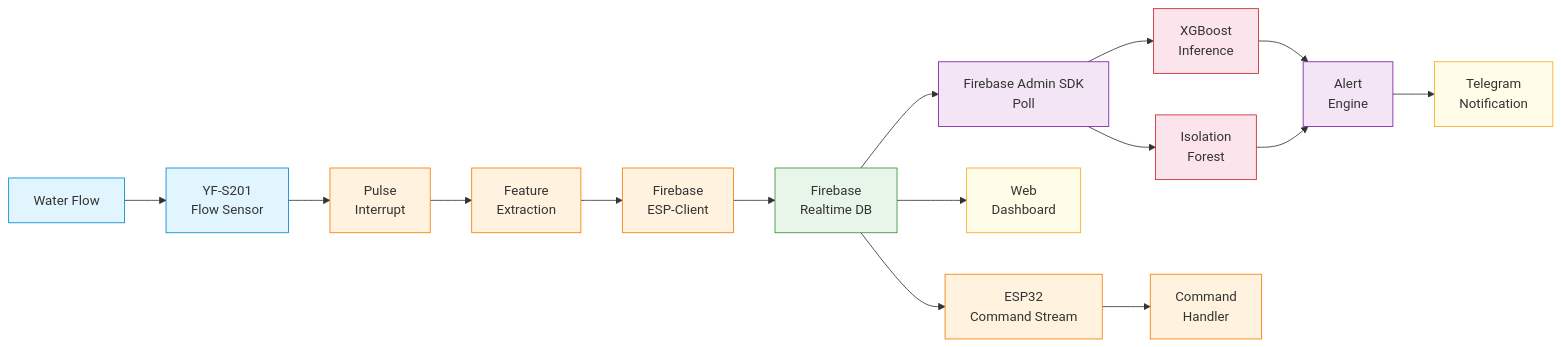
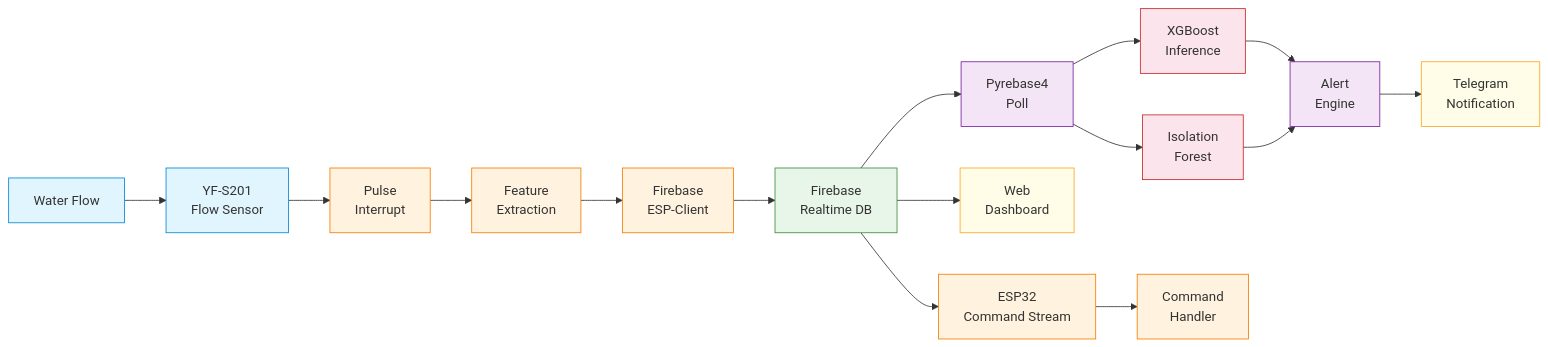
The eighth of 8 diagrams in docs/flowchart.md (qppd/water-meter), drawn with Mermaid before and after one commit. The commit also changed other lines of this file and 8 other files, not shown here.

First line of the commit message:
docs: replace Firebase Admin SDK with Pyrebase4; add port forwarding + DDNS for remote access

````diff
--- a/docs/flowchart.md
+++ b/docs/flowchart.md
@@ -266,24 +266,24 @@
 ```mermaid
 flowchart LR
     A[ Water Flow]:::physical --> B[ YF-S201<br/>Flow Sensor]:::physical
     B --> C[ Pulse<br/>Interrupt]:::firmware
     C --> D[ Feature<br/>Extraction]:::firmware
     D --> E[ Firebase<br/>ESP-Client]:::firmware
     E --> F[ Firebase<br/>Realtime DB]:::cloud
-    F --> G[ Firebase Admin SDK<br/>Poll]:::backend
+    F --> G[ Pyrebase4<br/>Poll]:::backend
     G --> H[ XGBoost<br/>Inference]:::ml
     G --> I[ Isolation<br/>Forest]:::ml
     H --> J[ Alert<br/>Engine]:::backend
     I --> J
     J --> K[ Telegram<br/>Notification]:::user
     F --> L[ Web<br/>Dashboard]:::user
     F --> M[ ESP32<br/>Command Stream]:::firmware
     M --> N[ Command<br/>Handler]:::firmware
     
     classDef physical fill:#e1f5fe,stroke:#0288d1
     classDef firmware fill:#fff3e0,stroke:#f57c00
     classDef cloud fill:#e8f5e9,stroke:#388e3c
     classDef backend fill:#f3e5f5,stroke:#7b1fa2
     classDef ml fill:#fce4ec,stroke:#c62828
     classDef user fill:#fffde7,stroke:#f9a825
 ```
````
